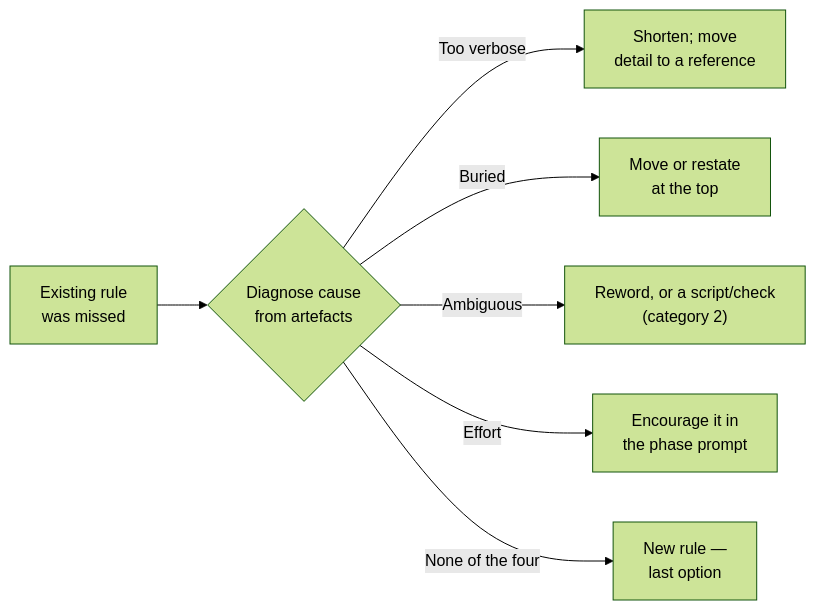
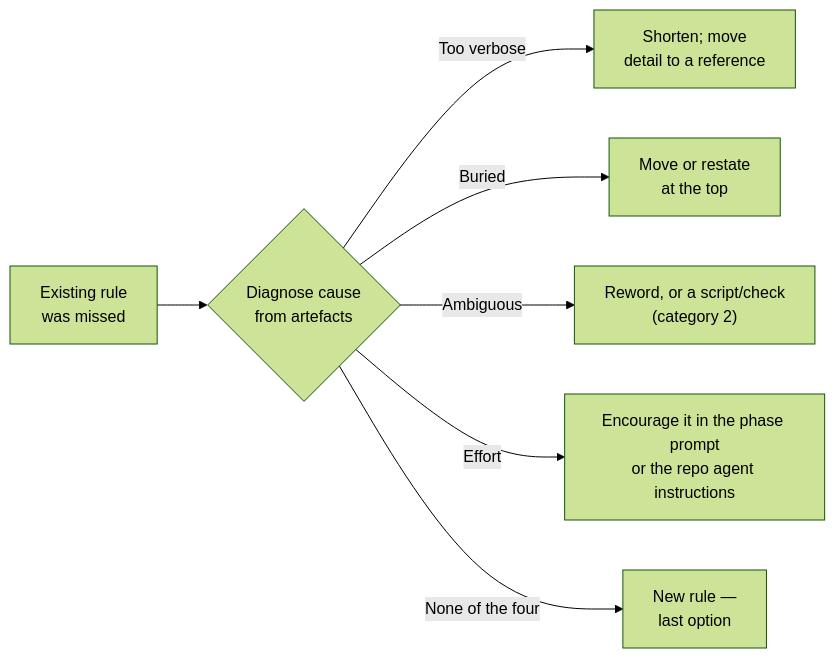
One commit to stSoftwareAU/VibeCoder changed the diagram in docs/archive/pr-summaries/pr-summary-3425.md. Above: the diagram before and after it, drawn with Mermaid (forest theme). The commit also changed other lines of this file and 4 other files, not shown here.

First line of the commit message:
Retro: scope ignored-rule diagnosis to repos that hold a phase prompt (PR #3550)

````diff
--- a/docs/archive/pr-summaries/pr-summary-3425.md
+++ b/docs/archive/pr-summaries/pr-summary-3425.md
@@ -62,9 +68,9 @@
 ```mermaid
 flowchart LR
     M["Existing rule<br/>was missed"] --> D{"Diagnose cause<br/>from artefacts"}
     D -->|Too verbose| V["Shorten; move<br/>detail to a reference"]
     D -->|Buried| B["Move or restate<br/>at the top"]
     D -->|Ambiguous| A["Reword, or a script/check<br/>(category 2)"]
-    D -->|Effort| E["Encourage it in<br/>the phase prompt"]
+    D -->|Effort| E["Encourage it in the phase prompt<br/>or the repo agent instructions"]
     D -->|None of the four| N["New rule —<br/>last option"]
 ```
````
